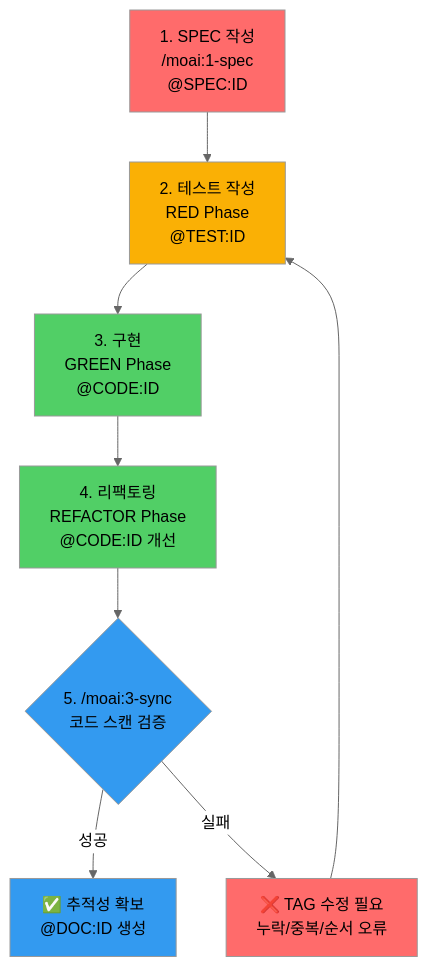
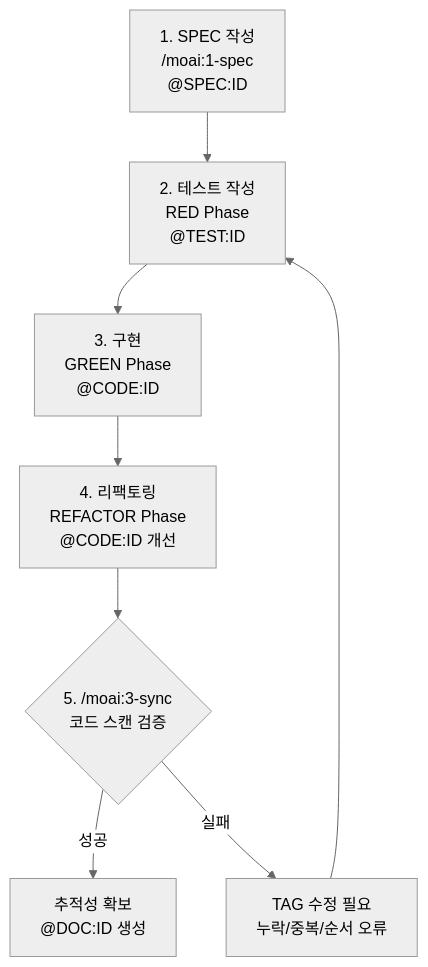
Before and after one commit to modu-ai/moai-adk: the fourth of 4 diagrams in docs/guide/tag-system.md, drawn with Mermaid (neutral theme). The commit also changed other lines of this file and 299 other files, not shown here.

First line of the commit message:
🎨 feat: Mermaid 다크/라이트 테마 대응 + trust-checker 통합

````diff
--- a/docs/guide/tag-system.md
+++ b/docs/guide/tag-system.md
@@ -546,18 +537,11 @@
 ```mermaid
 graph TD
     A[1. SPEC 작성<br/>/moai:1-spec<br/>@SPEC:ID] --> B[2. 테스트 작성<br/>RED Phase<br/>@TEST:ID]
     B --> C[3. 구현<br/>GREEN Phase<br/>@CODE:ID]
     C --> D[4. 리팩토링<br/>REFACTOR Phase<br/>@CODE:ID 개선]
     D --> E{5. /moai:3-sync<br/>코드 스캔 검증}
-    E -->|성공| F[✅ 추적성 확보<br/>@DOC:ID 생성]
-    E -->|실패| G[❌ TAG 수정 필요<br/>누락/중복/순서 오류]
+    E -->|성공| F[추적성 확보<br/>@DOC:ID 생성]
+    E -->|실패| G[TAG 수정 필요<br/>누락/중복/순서 오류]
     G --> B
 
-    style A fill:#ff6b6b
-    style B fill:#fab005
-    style C fill:#51cf66
-    style D fill:#51cf66
-    style E fill:#339af0
-    style F fill:#339af0
-    style G fill:#ff6b6b
 ```
````
